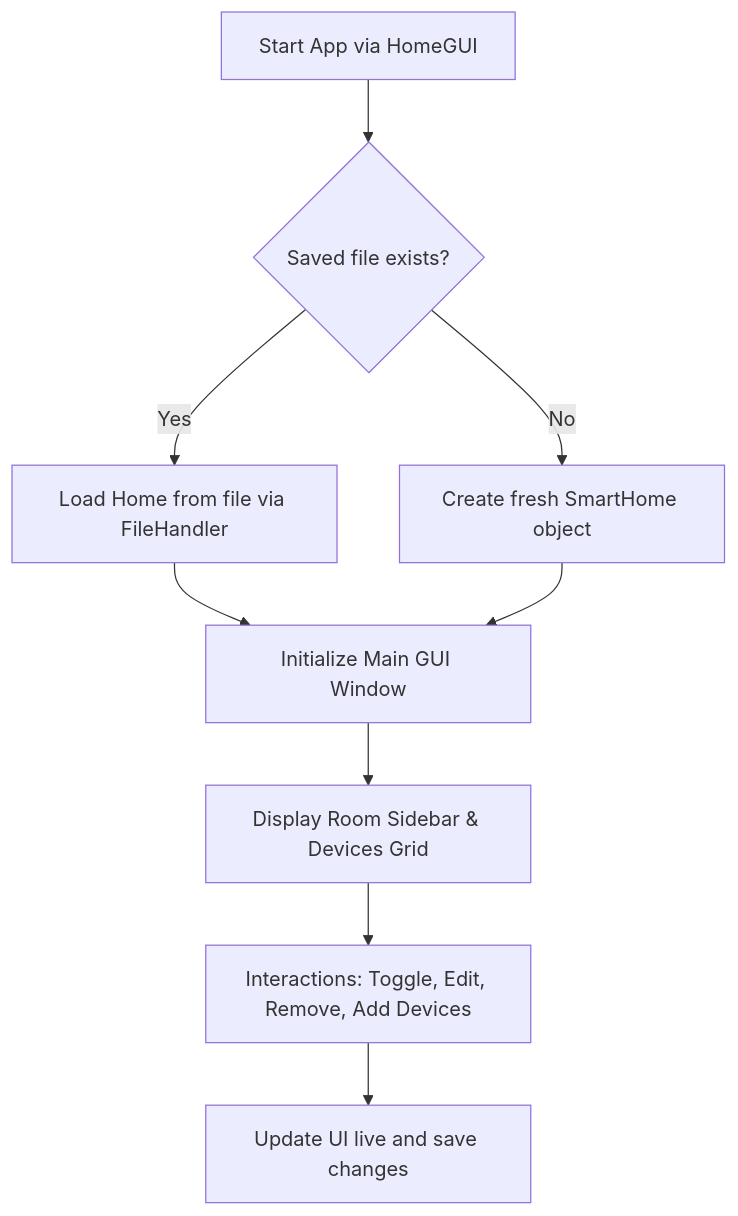
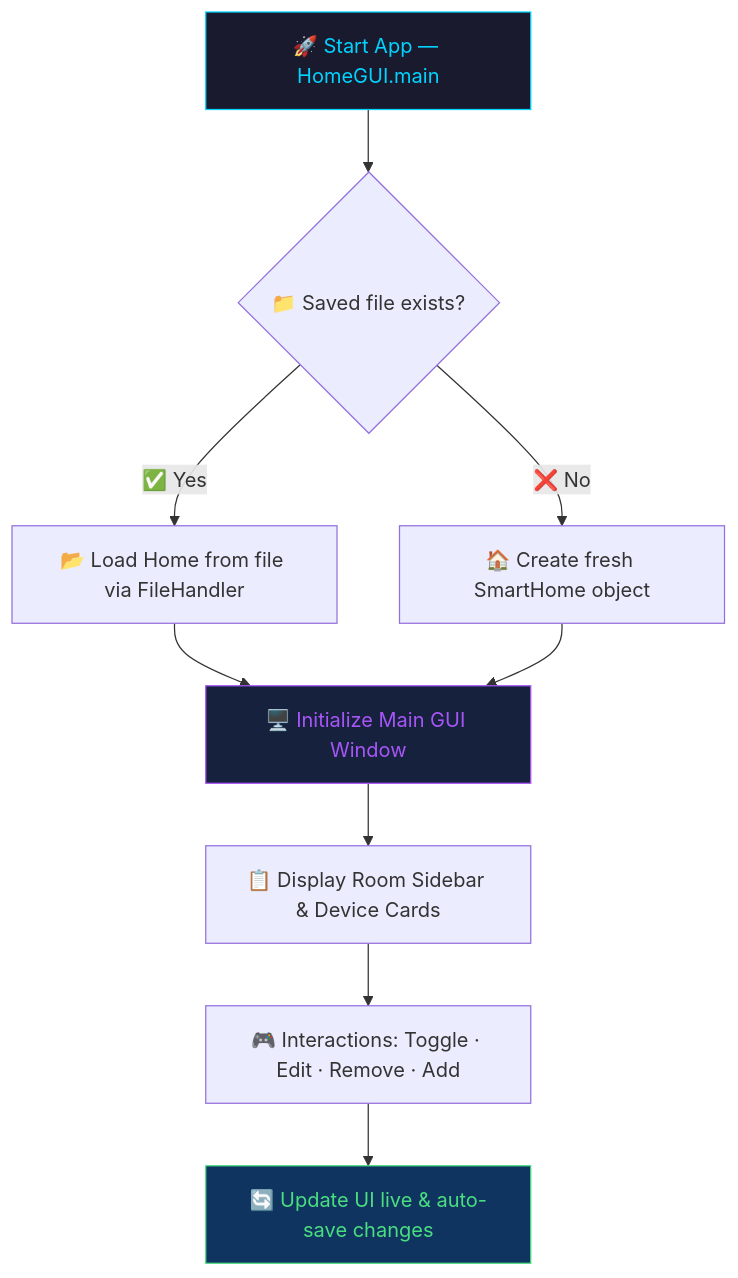
Before and after one commit to radha127/OOP_Project: the diagram in README.md, drawn with Mermaid. The commit also changed other lines of this file, not shown here.

````diff
--- a/README.md
+++ b/README.md
@@ -54,11 +43,15 @@
 ```mermaid
 graph TD
-    A[Start App via HomeGUI] --> B{Saved file exists?}
-    B -- Yes --> C[Load Home from file via FileHandler]
-    B -- No --> D[Create fresh SmartHome object]
-    C --> E[Initialize Main GUI Window]
+    A[🚀 Start App — HomeGUI.main] --> B{📁 Saved file exists?}
+    B -- ✅ Yes --> C[📂 Load Home from file via FileHandler]
+    B -- ❌ No  --> D[🏠 Create fresh SmartHome object]
+    C --> E[🖥️ Initialize Main GUI Window]
     D --> E
-    E --> F[Display Room Sidebar & Devices Grid]
-    F --> G[Interactions: Toggle, Edit, Remove, Add Devices]
-    G --> H[Update UI live and save changes]
+    E --> F[📋 Display Room Sidebar & Device Cards]
+    F --> G[🎮 Interactions: Toggle · Edit · Remove · Add]
+    G --> H[🔄 Update UI live & auto-save changes]
+
+    style A fill:#1a1a2e,color:#00d4ff,stroke:#00d4ff
+    style E fill:#16213e,color:#a855f7,stroke:#a855f7
+    style H fill:#0f3460,color:#4ade80,stroke:#4ade80
 ```
````
